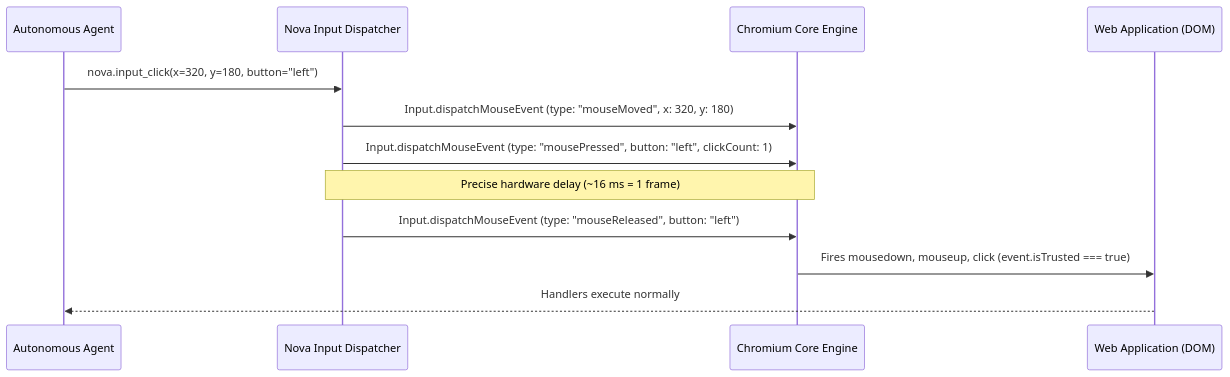
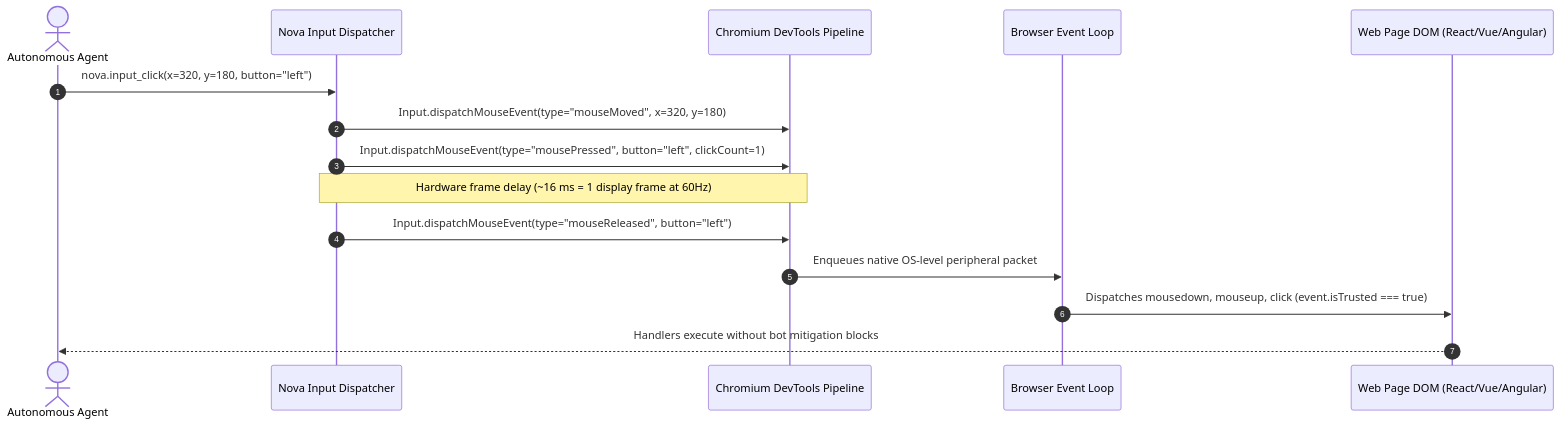
One commit to joelaniol/nova changed the first of 5 diagrams in docs/core-features/browser-interaction/input-dispatch/README.md. Above: the diagram before and after it, drawn with Mermaid. The commit also changed other lines of this file and 6 other files, not shown here.

Commit message:
docs(browser-interaction): expand architectural reference with input dispatch, drag polyfill, and guarded macros

````diff
--- a/docs/core-features/browser-interaction/input-dispatch/README.md
+++ b/docs/core-features/browser-interaction/input-dispatch/README.md
@@ -45,15 +16,18 @@
 ```mermaid
 sequenceDiagram
-    participant Agent as Autonomous Agent
+    autonumber
+    actor Agent as Autonomous Agent
     participant Nova as Nova Input Dispatcher
-    participant Chromium as Chromium Core Engine
-    participant Page as Web Application (DOM)
+    participant CDP as Chromium DevTools Pipeline
+    participant Browser as Browser Event Loop
+    participant DOM as Web Page DOM (React/Vue/Angular)
 
     Agent->>Nova: nova.input_click(x=320, y=180, button="left")
-    Nova->>Chromium: Input.dispatchMouseEvent (type: "mouseMoved", x: 320, y: 180)
-    Nova->>Chromium: Input.dispatchMouseEvent (type: "mousePressed", button: "left", clickCount: 1)
-    Note over Nova,Chromium: Precise hardware delay (~16 ms = 1 frame)
-    Nova->>Chromium: Input.dispatchMouseEvent (type: "mouseReleased", button: "left")
-    Chromium->>Page: Fires mousedown, mouseup, click (event.isTrusted === true)
-    Page-->>Agent: Handlers execute normally
+    Nova->>CDP: Input.dispatchMouseEvent(type="mouseMoved", x=320, y=180)
+    Nova->>CDP: Input.dispatchMouseEvent(type="mousePressed", button="left", clickCount=1)
+    Note over Nova,CDP: Hardware frame delay (~16 ms = 1 display frame at 60Hz)
+    Nova->>CDP: Input.dispatchMouseEvent(type="mouseReleased", button="left")
+    CDP->>Browser: Enqueues native OS-level peripheral packet
+    Browser->>DOM: Dispatches mousedown, mouseup, click (event.isTrusted === true)
+    DOM-->>Agent: Handlers execute without bot mitigation blocks
 ```
````
